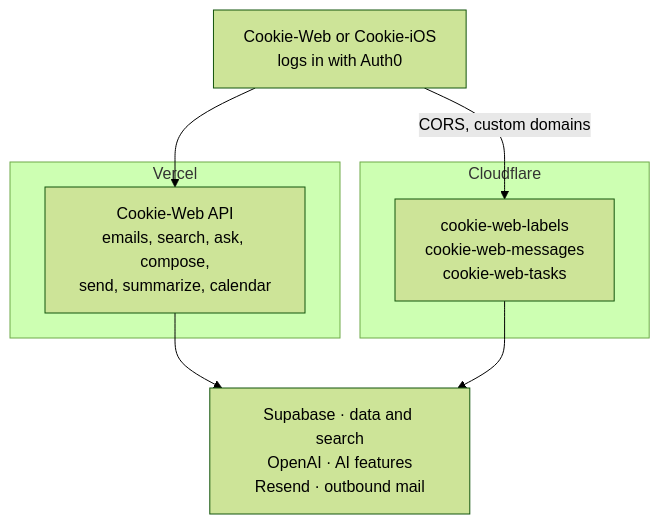
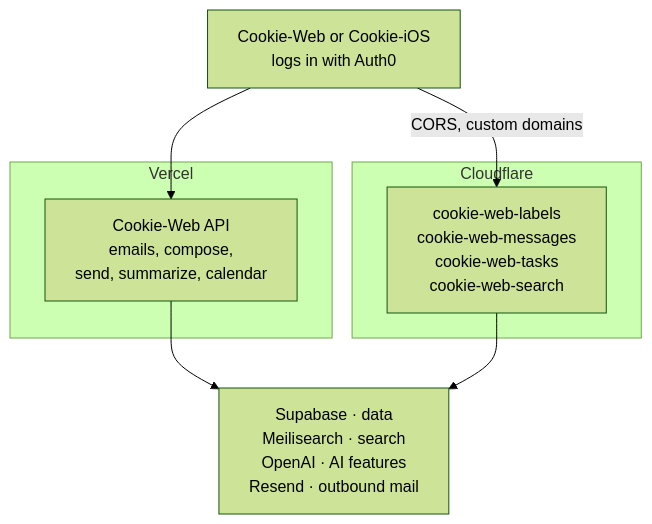
One commit to allistera/Cookie-Docs changed the fifth of 7 diagrams in docs/01-architecture.mdx. Above: the diagram before and after it, drawn with Mermaid (forest theme). The commit also changed other lines of this file and 6 other files, not shown here.

First line of the commit message:
docs: describe Meilisearch search, not pgvector embeddings

````diff
--- a/docs/01-architecture.mdx
+++ b/docs/01-architecture.mdx
@@ -139,19 +140,19 @@
 ```mermaid
 flowchart TB
     Login["Cookie-Web or Cookie-iOS<br/>logs in with Auth0"]
 
     subgraph Vercel["Vercel"]
-        API["Cookie-Web API<br/>emails, search, ask, compose,<br/>send, summarize, calendar"]
+        API["Cookie-Web API<br/>emails, compose,<br/>send, summarize, calendar"]
     end
 
     subgraph CF["Cloudflare"]
-        Workers["cookie-web-labels<br/>cookie-web-messages<br/>cookie-web-tasks"]
+        Workers["cookie-web-labels<br/>cookie-web-messages<br/>cookie-web-tasks<br/>cookie-web-search"]
     end
 
-    Services["Supabase · data and search<br/>OpenAI · AI features<br/>Resend · outbound mail"]
+    Services["Supabase · data<br/>Meilisearch · search<br/>OpenAI · AI features<br/>Resend · outbound mail"]
 
     Login --> API
     Login -- "CORS, custom domains" --> Workers
     API --> Services
     Workers --> Services
 ```
````
